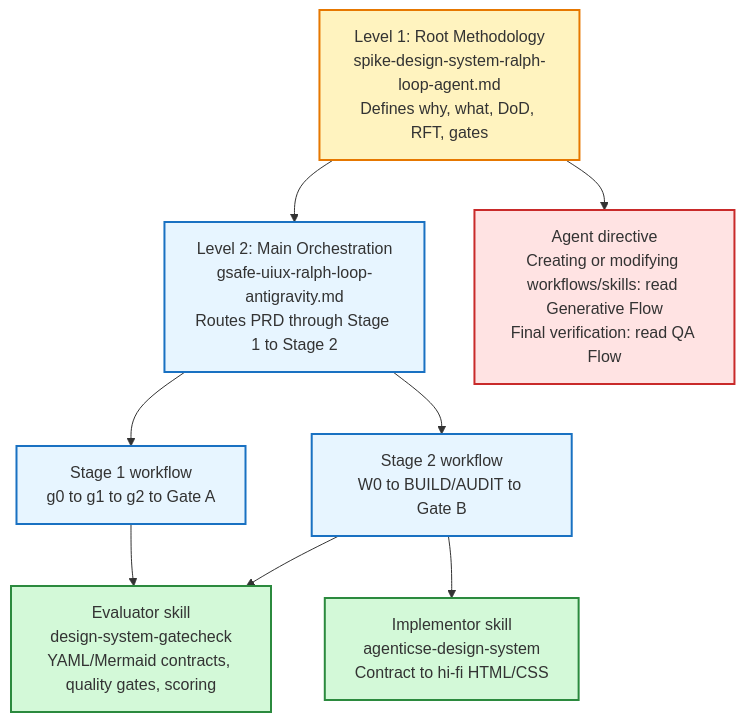
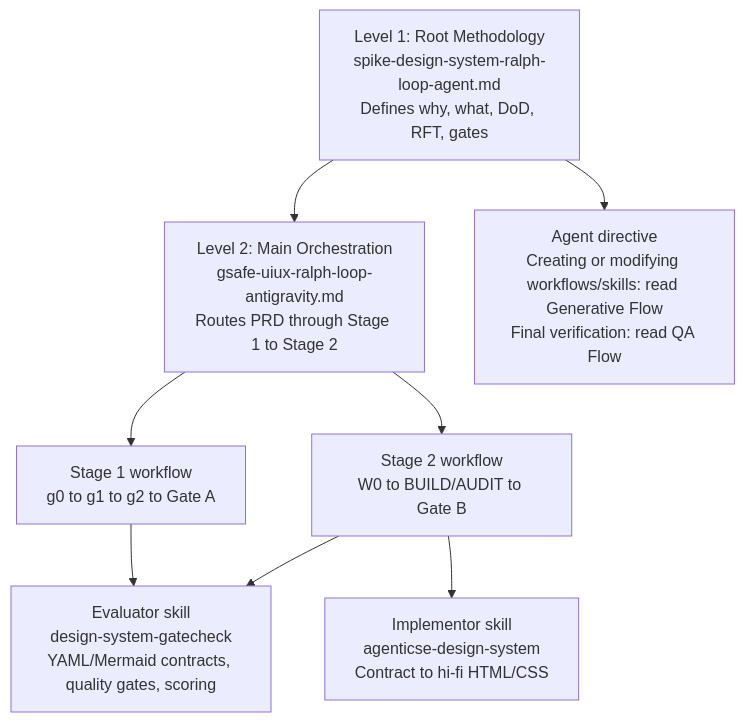
The first of 6 diagrams in docs/researches/spikes/spike-design-system-ralph-loop-agent.md (duyhunghd6/gmind), drawn with Mermaid before and after one commit. The commit also changed other lines of this file, not shown here.

First line of the commit message:
docs(spike): remove CSS styling from mermaid diagrams

````diff
--- a/docs/researches/spikes/spike-design-system-ralph-loop-agent.md
+++ b/docs/researches/spikes/spike-design-system-ralph-loop-agent.md
@@ -41,23 +41,19 @@
 ```mermaid
 flowchart TB
-  classDef root fill:#fff3bf,stroke:#e67700,stroke-width:2px;
-  classDef workflow fill:#e7f5ff,stroke:#1971c2,stroke-width:2px;
-  classDef skill fill:#d3f9d8,stroke:#2b8a3e,stroke-width:2px;
-  classDef directive fill:#ffe3e3,stroke:#c92a2a,stroke-width:2px;
 
-  Root["Level 1: Root Methodology<br/>spike-design-system-ralph-loop-agent.md<br/>Defines why, what, DoD, RFT, gates"]:::root
-  Main["Level 2: Main Orchestration<br/>gsafe-uiux-ralph-loop-antigravity.md<br/>Routes PRD through Stage 1 to Stage 2"]:::workflow
-  Stage1["Stage 1 workflow<br/>g0 to g1 to g2 to Gate A"]:::workflow
-  Stage2["Stage 2 workflow<br/>W0 to BUILD/AUDIT to Gate B"]:::workflow
-  Eval["Evaluator skill<br/>design-system-gatecheck<br/>YAML/Mermaid contracts, quality gates, scoring"]:::skill
-  Impl["Implementor skill<br/>agenticse-design-system<br/>Contract to hi-fi HTML/CSS"]:::skill
-  Directive["Agent directive<br/>Creating or modifying workflows/skills: read Generative Flow<br/>Final verification: read QA Flow"]:::directive
+  Root["Level 1: Root Methodology<br/>spike-design-system-ralph-loop-agent.md<br/>Defines why, what, DoD, RFT, gates"]
+  Main["Level 2: Main Orchestration<br/>gsafe-uiux-ralph-loop-antigravity.md<br/>Routes PRD through Stage 1 to Stage 2"]
+  Stage1["Stage 1 workflow<br/>g0 to g1 to g2 to Gate A"]
+  Stage2["Stage 2 workflow<br/>W0 to BUILD/AUDIT to Gate B"]
+  Eval["Evaluator skill<br/>design-system-gatecheck<br/>YAML/Mermaid contracts, quality gates, scoring"]
+  Impl["Implementor skill<br/>agenticse-design-system<br/>Contract to hi-fi HTML/CSS"]
+  Directive["Agent directive<br/>Creating or modifying workflows/skills: read Generative Flow<br/>Final verification: read QA Flow"]
 
   Root --> Main
   Main --> Stage1
   Main --> Stage2
   Stage1 --> Eval
   Stage2 --> Eval
   Stage2 --> Impl
   Root --> Directive
 ```
````
